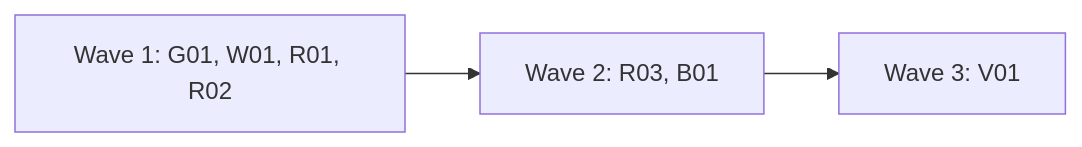
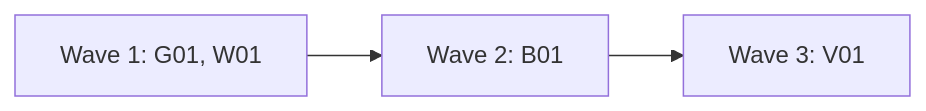
Before and after one commit to alfhen/agent-pr-pipeline: the diagram in docs/plan-0.6.0.md, drawn with Mermaid. The commit also changed other lines of this file, not shown here.

````diff
--- a/docs/plan-0.6.0.md
+++ b/docs/plan-0.6.0.md
@@ -151,4 +53,4 @@
 ```mermaid
 flowchart LR
-  W1[Wave 1: G01, W01, R01, R02] --> W2[Wave 2: R03, B01] --> W3[Wave 3: V01]
+  W1[Wave 1: G01, W01] --> W2[Wave 2: B01] --> W3[Wave 3: V01]
 ```
````
